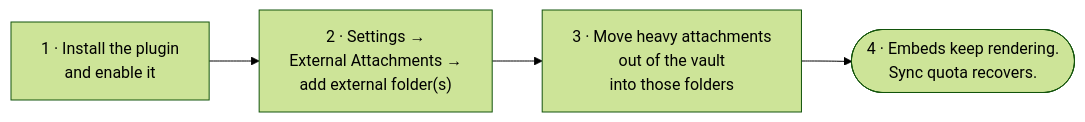
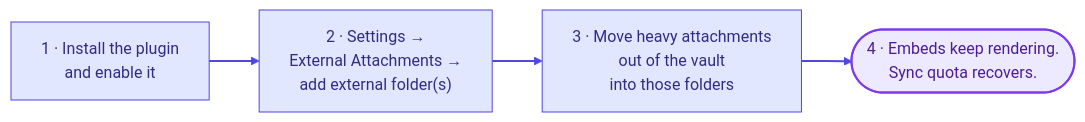
Before and after one commit to DyllonWright/Obsidian-External-Attachments: the third of 3 diagrams in README.md, drawn with Mermaid (forest theme). The commit also changed other lines of this file and 14 other files, not shown here.

````diff
--- a/README.md
+++ b/README.md
@@ -36,6 +129,15 @@
 ```mermaid
+%%{init: {'flowchart': {'curve': 'basis'}}}%%
 flowchart LR
     A["1 · Install the plugin<br/>and enable it"] --> B["2 · Settings →<br/>External Attachments →<br/>add external folder(s)"]
     B --> C["3 · Move heavy attachments<br/>out of the vault<br/>into those folders"]
     C --> D(["4 · Embeds keep rendering.<br/>Sync quota recovers."])
+
+    classDef step fill:#e0e7ff,stroke:#4f46e5,color:#312e81,stroke-width:1px;
+    classDef terminal fill:#ede9fe,stroke:#7c3aed,color:#4c1d95,stroke-width:2px;
+
+    class A,B,C step;
+    class D terminal;
+
+    linkStyle 0,1,2 stroke:#4f46e5,stroke-width:2px;
 ```
````
